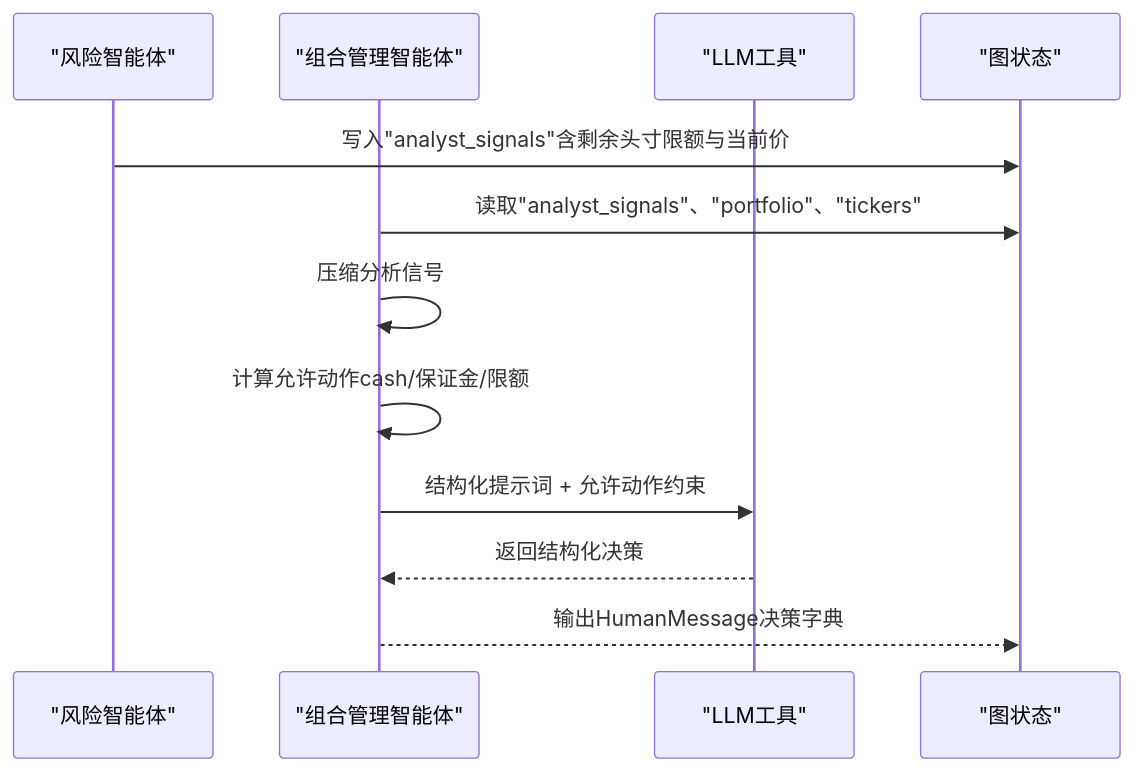
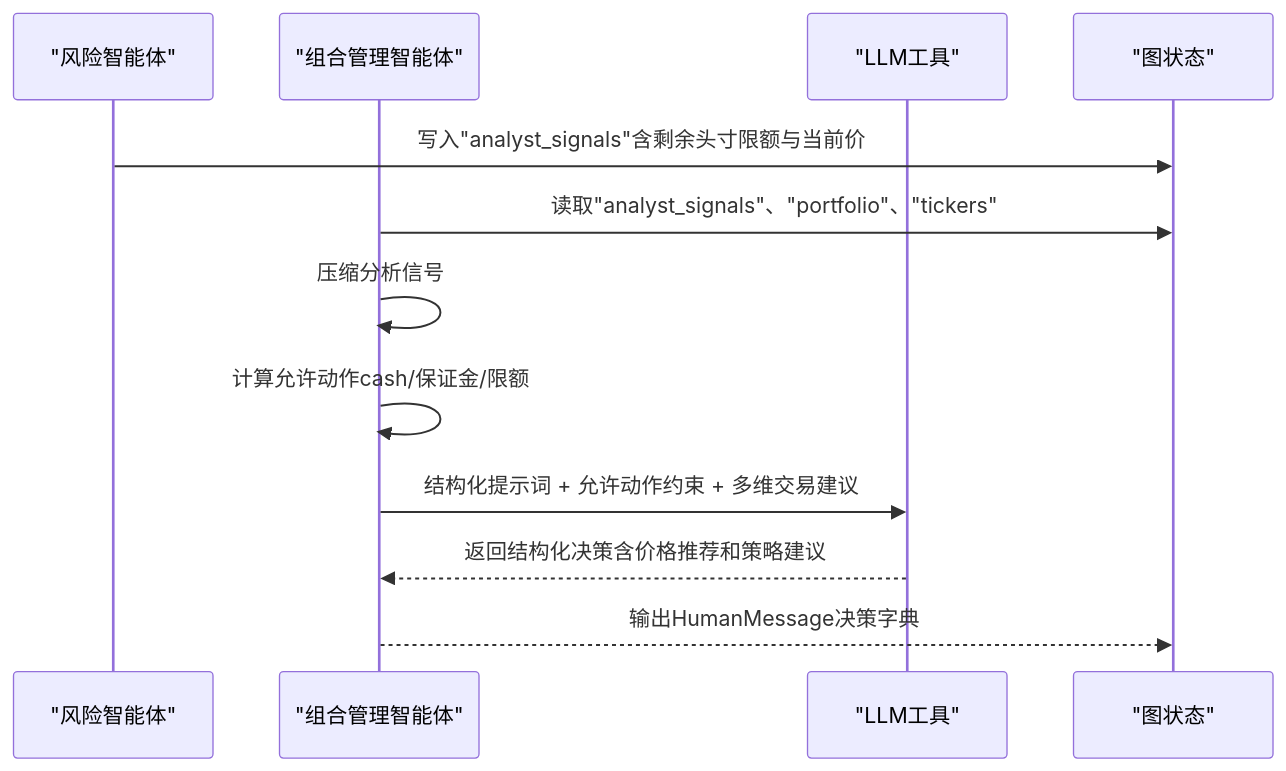
Before and after one commit to lichen14-hash/ai-hedge-fund: the second of 7 diagrams in .qoder/repowiki/zh/content/多智能体系统/组合管理智能体.md, drawn with Mermaid. The commit also changed other lines of this file and 24 other files, not shown here.

````diff
--- a/.qoder/repowiki/zh/content/多智能体系统/组合管理智能体.md
+++ b/.qoder/repowiki/zh/content/多智能体系统/组合管理智能体.md
@@ -82,14 +101,14 @@
 ```mermaid
 sequenceDiagram
 participant RM as "风险智能体"
 participant PM as "组合管理智能体"
 participant LLM as "LLM工具"
 participant GS as "图状态"
 RM->>GS : 写入"analyst_signals"含剩余头寸限额与当前价
 PM->>GS : 读取"analyst_signals"、"portfolio"、"tickers"
 PM->>PM : 压缩分析信号
 PM->>PM : 计算允许动作cash/保证金/限额
-PM->>LLM : 结构化提示词 + 允许动作约束
-LLM-->>PM : 返回结构化决策
+PM->>LLM : 结构化提示词 + 允许动作约束 + 多维交易建议
+LLM-->>PM : 返回结构化决策含价格推荐和策略建议
 PM-->>GS : 输出HumanMessage决策字典
 ```
````
